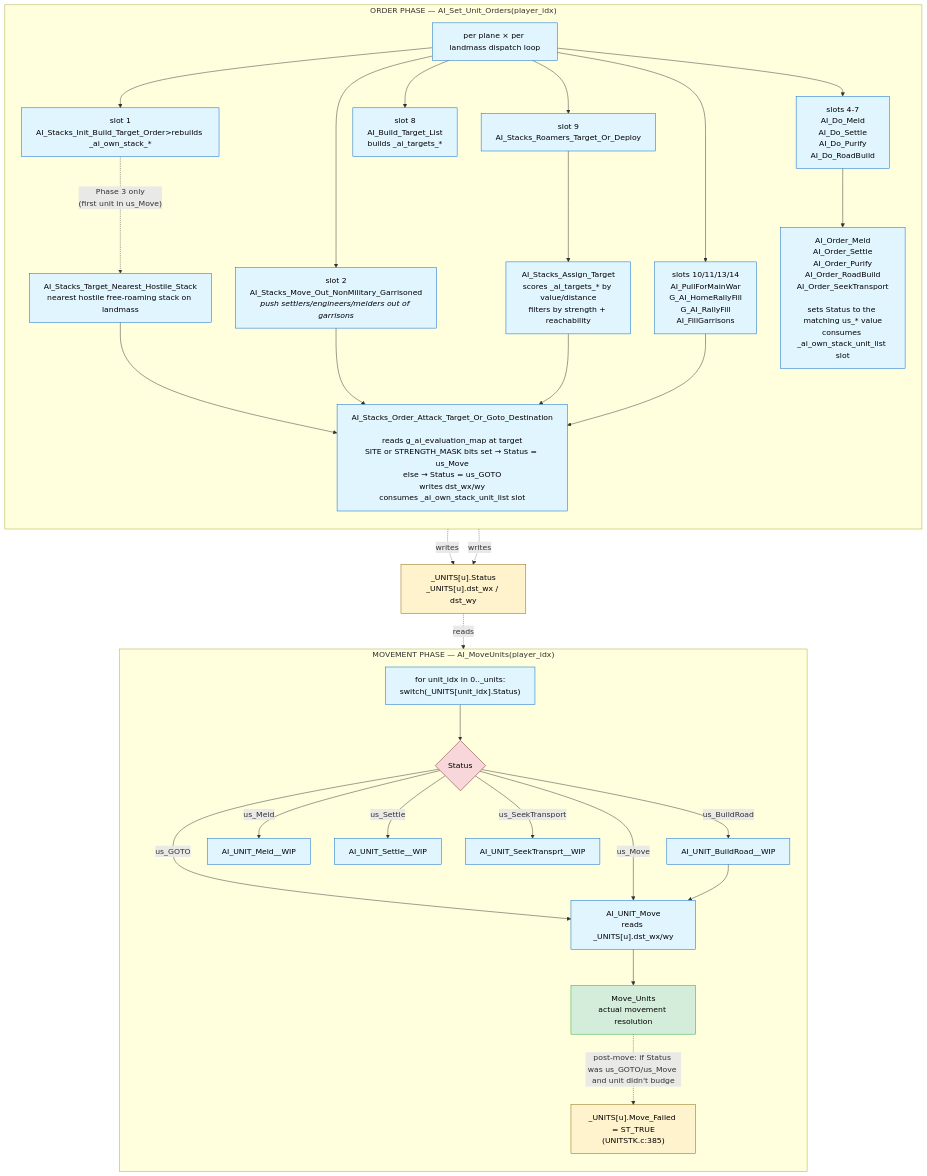
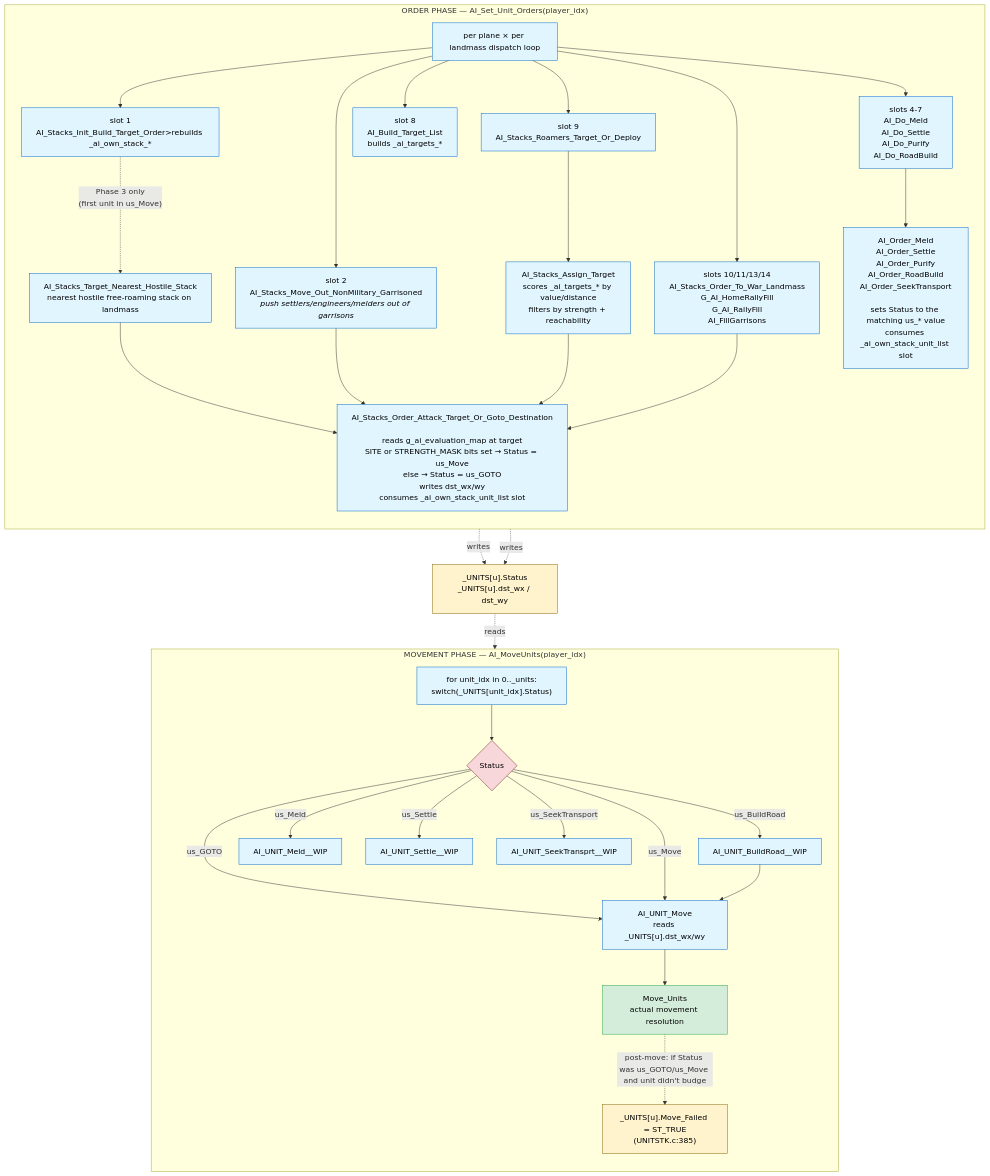
Before and after one commit to jbalcomb/ReMoM: the second of 3 diagrams in doc/ComputerPlayer/AI-Turn-Diagrams.md, drawn with Mermaid. The commit also changed other lines of this file and 16 other files, not shown here.

Commit message:
done-done AI_Stacks_Order_To_War_Landmass()

````diff
--- a/doc/ComputerPlayer/AI-Turn-Diagrams.md
+++ b/doc/ComputerPlayer/AI-Turn-Diagrams.md
@@ -39,56 +39,56 @@
 ```mermaid
 flowchart TD
     classDef phase fill:#f5f5f5,stroke:#666,stroke-width:2px,color:#000
     classDef func fill:#e1f5ff,stroke:#0066cc,color:#000
     classDef state fill:#fff3cd,stroke:#856404,color:#000
     classDef terminal fill:#d4edda,stroke:#28a745,color:#000
     classDef gate fill:#f8d7da,stroke:#721c24,color:#000
 
     subgraph PhaseOrders["ORDER PHASE — AI_Set_Unit_Orders(player_idx)"]
         direction TB
         Dispatch["per plane × per landmass dispatch loop"]:::func
 
         Dispatch --> Slot1["slot 1<br/>AI_Stacks_Init_Build_Target_Order>rebuilds _ai_own_stack_*</i>"]:::func
         Dispatch --> Slot2["slot 2<br/>AI_Stacks_Move_Out_NonMilitary_Garrisoned<br/><i>push settlers/engineers/melders out of garrisons</i>"]:::func
         Dispatch --> Slots4_7["slots 4-7<br/>AI_Do_Meld<br/>AI_Do_Settle<br/>AI_Do_Purify<br/>AI_Do_RoadBuild"]:::func
         Dispatch --> Slot8["slot 8<br/>AI_Build_Target_List<br/>builds _ai_targets_*"]:::func
         Dispatch --> Slot9["slot 9<br/>AI_Stacks_Roamers_Target_Or_Deploy"]:::func
-        Dispatch --> SlotsRally["slots 10/11/13/14<br/>AI_PullForMainWar<br/>G_AI_HomeRallyFill<br/>G_AI_RallyFill<br/>AI_FillGarrisons"]:::func
+        Dispatch --> SlotsRally["slots 10/11/13/14<br/>AI_Stacks_Order_To_War_Landmass<br/>G_AI_HomeRallyFill<br/>G_AI_RallyFill<br/>AI_FillGarrisons"]:::func
 
         Slot1 -. "Phase 3 only<br/>(first unit in us_Move)" .-> FindNearest["AI_Stacks_Target_Nearest_Hostile_Stack<br/>nearest hostile free-roaming stack on landmass"]:::func
         FindNearest --> SetTgt
 
         Slot2 --> SetTgt
         Slot9 --> AssignTgt["AI_Stacks_Assign_Target<br/>scores _ai_targets_* by value/distance<br/>filters by strength + reachability"]:::func
         AssignTgt --> SetTgt
         SlotsRally --> SetTgt
 
         SetTgt["AI_Stacks_Order_Attack_Target_Or_Goto_Destination<br/><br/>reads g_ai_evaluation_map at target<br/>SITE or STRENGTH_MASK bits set → Status = us_Move<br/>else → Status = us_GOTO<br/>writes dst_wx/wy<br/>consumes _ai_own_stack_unit_list slot"]:::func
 
         Slots4_7 --> OrderXxx["AI_Order_Meld<br/>AI_Order_Settle<br/>AI_Order_Purify<br/>AI_Order_RoadBuild<br/>AI_Order_SeekTransport<br/><br/>sets Status to the matching us_* value<br/>consumes _ai_own_stack_unit_list slot"]:::func
     end
 
     SetTgt -. "writes" .-> UnitFields
     OrderXxx -. "writes" .-> UnitFields
 
     UnitFields["_UNITS[u].Status<br/>_UNITS[u].dst_wx / dst_wy"]:::state
 
     subgraph PhaseMove["MOVEMENT PHASE — AI_MoveUnits(player_idx)"]
         direction TB
         MoveLoop["for unit_idx in 0.._units:<br/>switch(_UNITS[unit_idx].Status)"]:::func
         MoveLoop --> StatusGate{Status}:::gate
         StatusGate -- "us_GOTO" --> UnitMove
         StatusGate -- "us_Move" --> UnitMove
         StatusGate -- "us_BuildRoad" --> BuildRoad["AI_UNIT_BuildRoad__WIP"]:::func
         BuildRoad --> UnitMove
         StatusGate -- "us_Meld" --> UnitMeld["AI_UNIT_Meld__WIP"]:::func
         StatusGate -- "us_Settle" --> UnitSettle["AI_UNIT_Settle__WIP"]:::func
         StatusGate -- "us_SeekTransport" --> UnitSeek["AI_UNIT_SeekTransprt__WIP"]:::func
 
         UnitMove["AI_UNIT_Move<br/>reads _UNITS[u].dst_wx/wy"]:::func --> MoveUnits["Move_Units<br/>actual movement resolution"]:::terminal
 
         MoveUnits -. "post-move: if Status was us_GOTO/us_Move and unit didn't budge" .-> MoveFailed["_UNITS[u].Move_Failed = ST_TRUE<br/>(UNITSTK.c:385)"]:::state
     end
 
     UnitFields -. "reads" .-> MoveLoop
 ```
````
